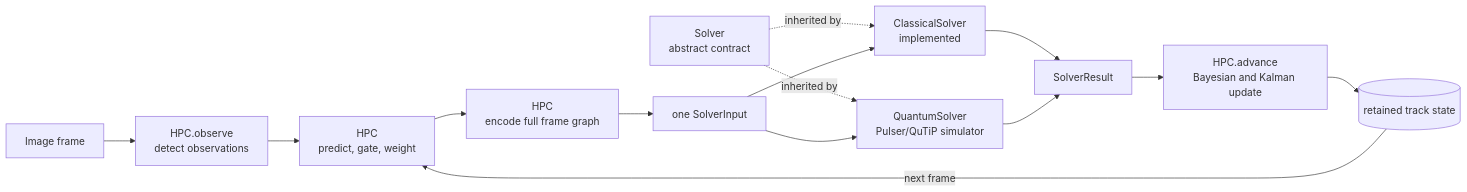
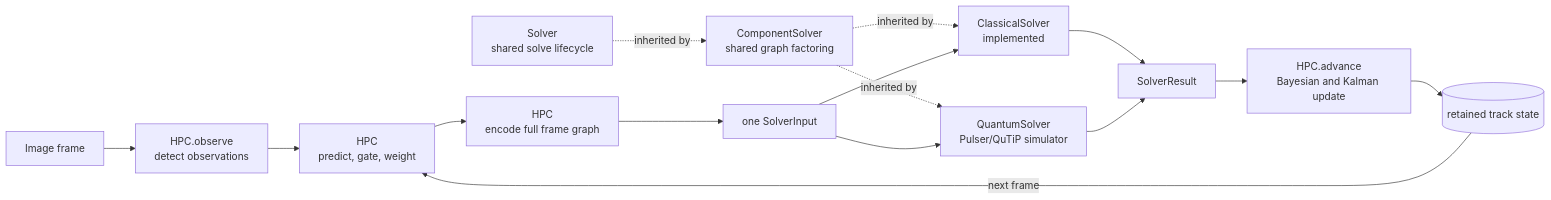
The diagram in README.md (SAN-G-8055/Neutral-Atom-QC-for-MHT), drawn with Mermaid before and after one commit. The commit also changed other lines of this file and 10 other files, not shown here.

````diff
--- a/README.md
+++ b/README.md
@@ -19,18 +19,19 @@
 ```mermaid
 flowchart LR
     Image["Image frame"] --> Observe["HPC.observe<br/>detect observations"]
     Observe --> Prepare["HPC<br/>predict, gate, weight"]
     Prepare --> Graph["HPC<br/>encode full frame graph"]
     Graph --> Input["one SolverInput"]
 
-    Solver["Solver<br/>abstract contract"] -. inherited by .-> Classical["ClassicalSolver<br/>implemented"]
-    Solver -. inherited by .-> Quantum["QuantumSolver<br/>Pulser/QuTiP simulator"]
+    Solver["Solver<br/>shared solve lifecycle"] -. inherited by .-> Components["ComponentSolver<br/>shared graph factoring"]
+    Components -. inherited by .-> Classical["ClassicalSolver<br/>implemented"]
+    Components -. inherited by .-> Quantum["QuantumSolver<br/>Pulser/QuTiP simulator"]
     Input --> Classical
     Input --> Quantum
     Classical --> Result["SolverResult"]
     Quantum --> Result
 
     Result --> Update["HPC.advance<br/>Bayesian and Kalman update"]
     Update --> State[("retained track state")]
     State -->|next frame| Prepare
 ```
````
